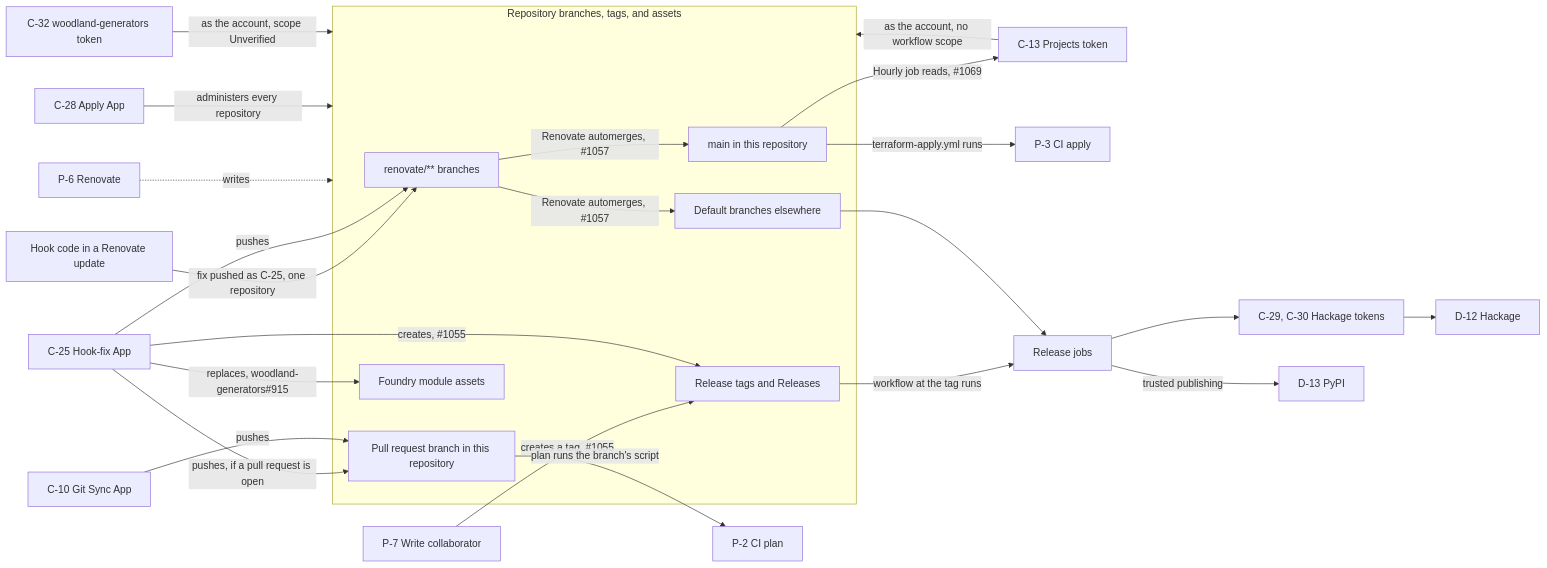
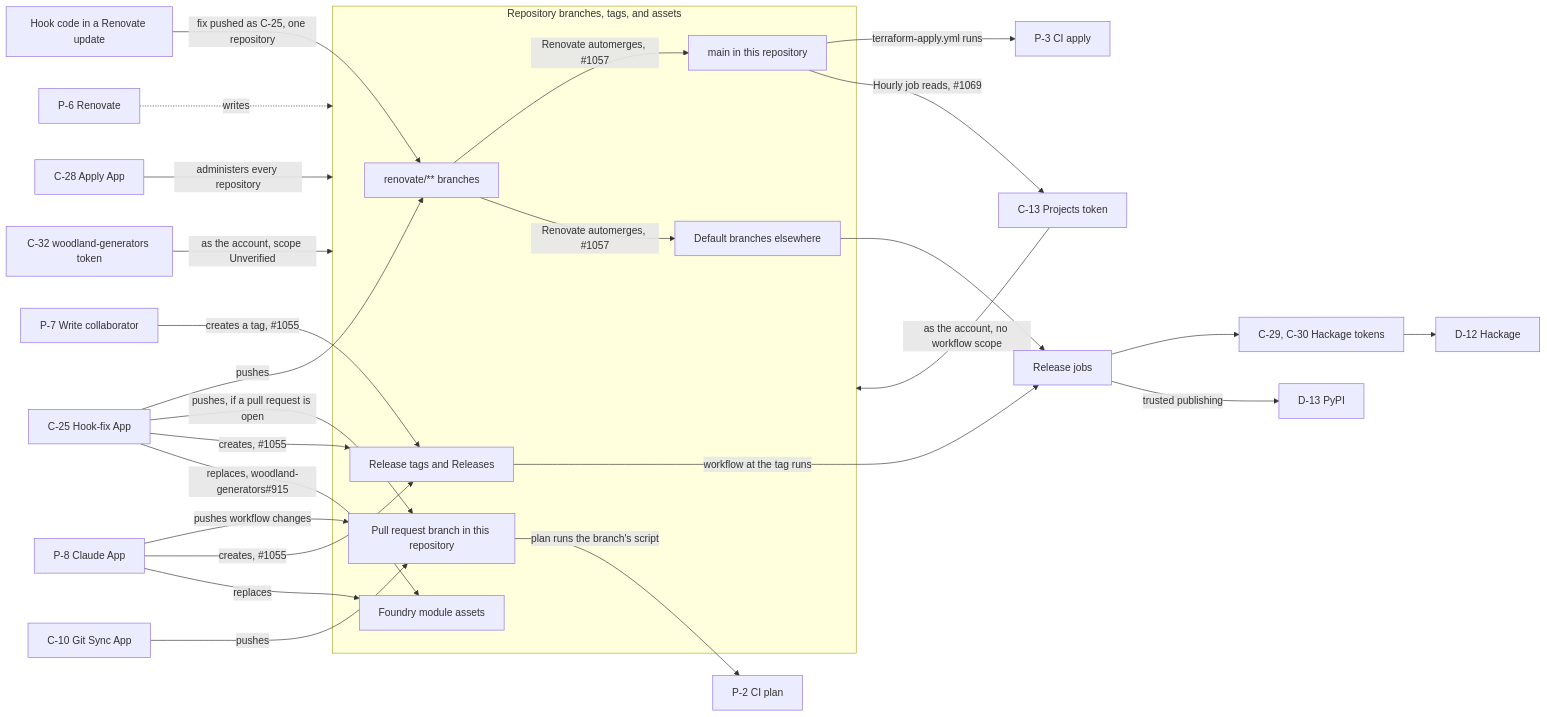
The first of 2 diagrams in docs/explanation/credential-reachability.md (alunduil/alunduil-infrastructure), drawn with Mermaid before and after one commit. The commit also changed other lines of this file and 2 other files, not shown here.

First line of the commit message:
Add the Claude and Codecov Apps

````diff
--- a/docs/explanation/credential-reachability.md
+++ b/docs/explanation/credential-reachability.md
@@ -47,52 +47,57 @@
 ```mermaid
 flowchart LR
   hook["Hook code in a Renovate update"]
   p7["P-7 Write collaborator"]
   p6["P-6 Renovate"]
+  p8["P-8 Claude App"]
   c25["C-25 Hook-fix App"]
   c10["C-10 Git Sync App"]
   c28["C-28 Apply App"]
   c13["C-13 Projects token"]
   c32["C-32 woodland-generators token"]
   tokens["C-29, C-30 Hackage tokens"]
   p2["P-2 CI plan"]
   p3["P-3 CI apply"]
   job["Release jobs"]
   d12["D-12 Hackage"]
   d13["D-13 PyPI"]
 
   subgraph refs["Repository branches, tags, and assets"]
     branch["renovate/** branches"]
     pr["Pull request branch in this repository"]
     infra["main in this repository"]
     other["Default branches elsewhere"]
     tag["Release tags and Releases"]
     assets["Foundry module assets"]
   end
 
   hook -->|"fix pushed as C-25, one repository"| branch
   p7 -->|"creates a tag, #1055"| tag
 
   p6 -.->|"writes"| refs
   c28 -->|"administers every repository"| refs
   c13 -->|"as the account, no workflow scope"| refs
   c32 -->|"as the account, scope Unverified"| refs
 
+  p8 -->|"pushes workflow changes"| pr
+  p8 -->|"creates, #1055"| tag
+  p8 -->|"replaces"| assets
+
   c25 -->|"pushes"| branch
   c25 -->|"pushes, if a pull request is open"| pr
   c25 -->|"creates, #1055"| tag
   c25 -->|"replaces, woodland-generators#915"| assets
   c10 -->|"pushes"| pr
 
   branch -->|"Renovate automerges, #1057"| infra
   branch -->|"Renovate automerges, #1057"| other
   tag -->|"workflow at the tag runs"| job
   other --> job
 
   pr -->|"plan runs the branch's script"| p2
   infra -->|"terraform-apply.yml runs"| p3
   infra -->|"Hourly job reads, #1069"| c13
   job --> tokens
   job -->|"trusted publishing"| d13
   tokens --> d12
 ```
````
